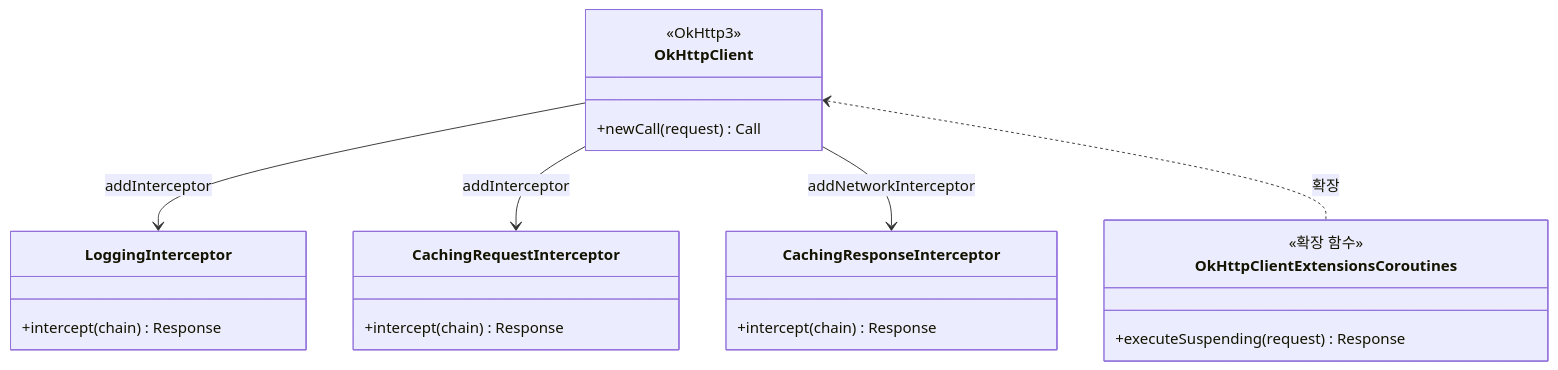
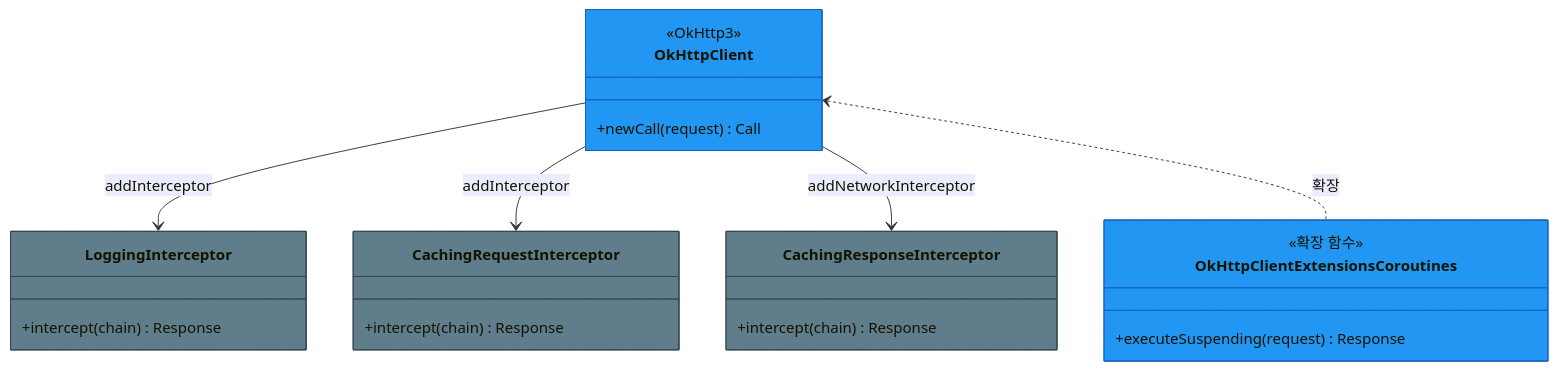
The second of 3 diagrams in io/http/README.md (bluetape4k/bluetape4k-projects), drawn with Mermaid before and after one commit. The commit also changed other lines of this file and 74 other files, not shown here.

First line of the commit message:
docs: bluetape4k/core/coroutines/logging, io/feign~vertx README 색상 Mermaid UML 추가

````diff
--- a/io/http/README.md
+++ b/io/http/README.md
@@ -213,29 +216,32 @@
 ```mermaid
 classDiagram
-    class OkHttpClient {
+    class OkHttpClient:::clientStyle {
         <<OkHttp3>>
         +newCall(request) Call
     }
 
-    class LoggingInterceptor {
+    class LoggingInterceptor:::infraStyle {
         +intercept(chain) Response
     }
 
-    class CachingRequestInterceptor {
+    class CachingRequestInterceptor:::infraStyle {
         +intercept(chain) Response
     }
 
-    class CachingResponseInterceptor {
+    class CachingResponseInterceptor:::infraStyle {
         +intercept(chain) Response
     }
 
-    class OkHttpClientExtensionsCoroutines {
+    class OkHttpClientExtensionsCoroutines:::clientStyle {
         <<확장 함수>>
         +executeSuspending(request) Response
     }
 
     OkHttpClient --> LoggingInterceptor : addInterceptor
     OkHttpClient --> CachingRequestInterceptor : addInterceptor
     OkHttpClient --> CachingResponseInterceptor : addNetworkInterceptor
     OkHttpClient <.. OkHttpClientExtensionsCoroutines : 확장
+
+    classDef clientStyle fill:#2196F3,stroke:#1565C0
+    classDef infraStyle  fill:#607D8B,stroke:#37474F
 ```
````
